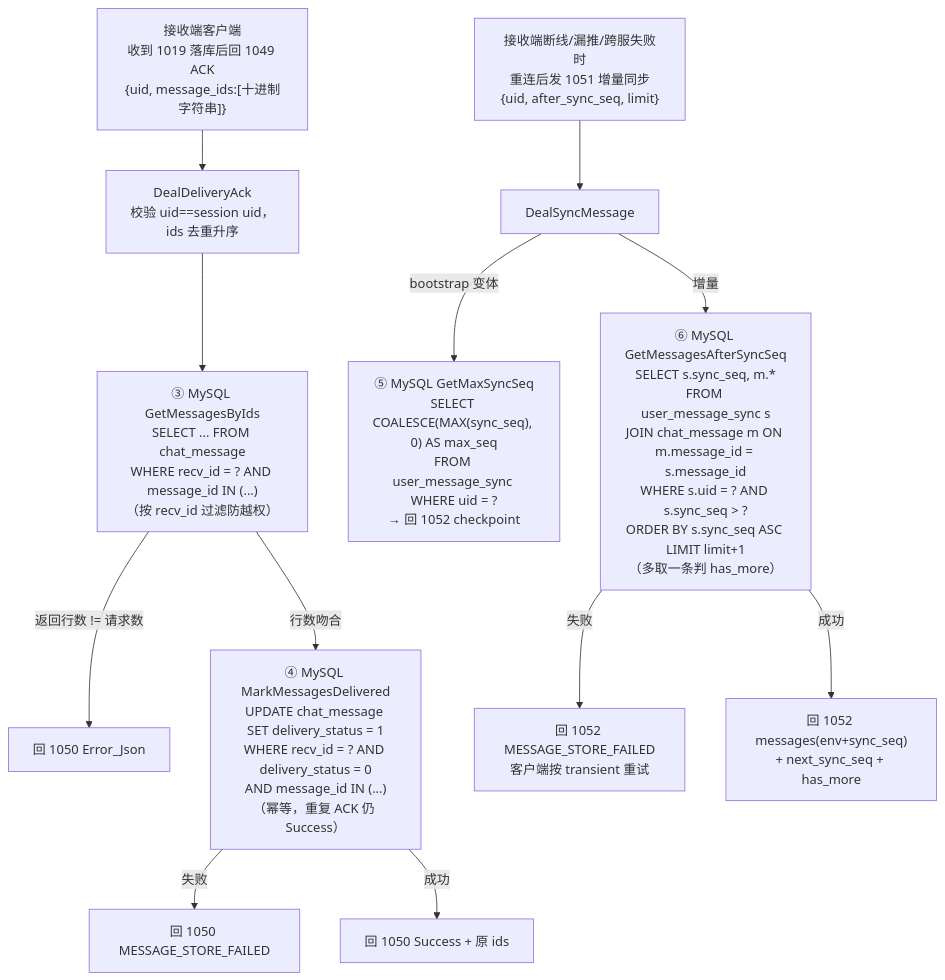
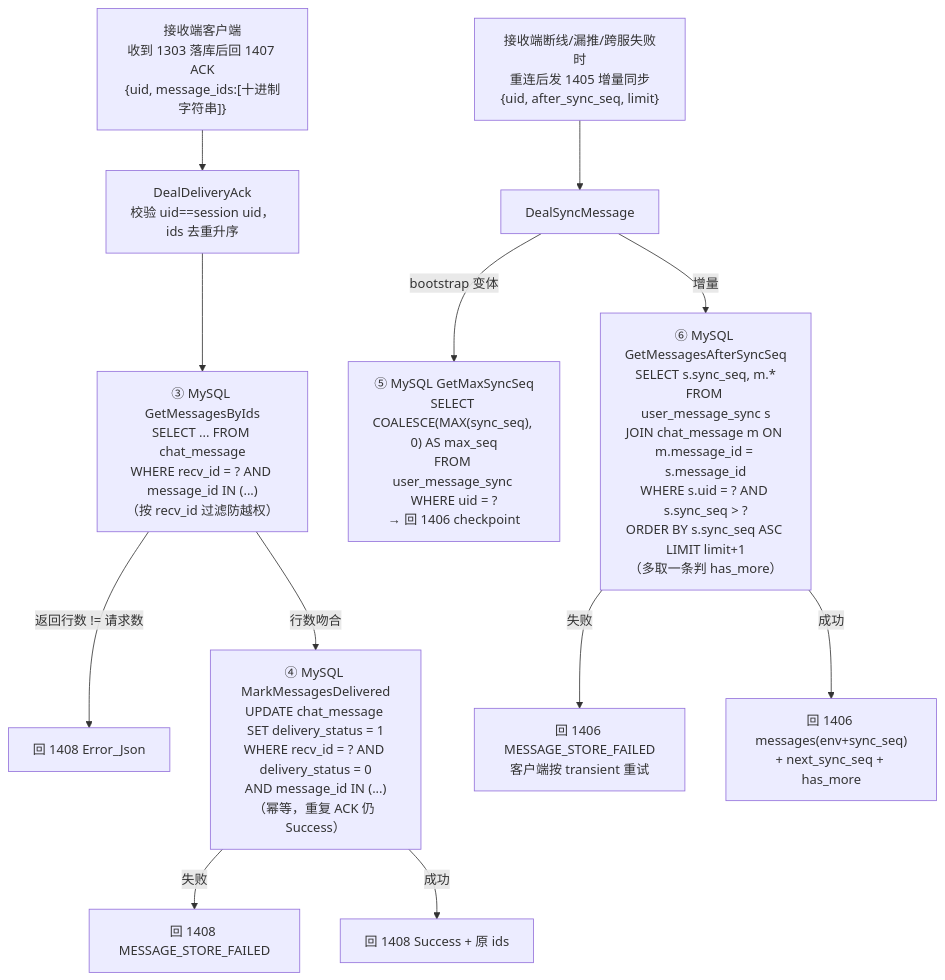
Before and after one commit to echo9923/mychatter: the second of 2 diagrams in 开发文档/发送文本消息业务流程.md, drawn with Mermaid. The commit also changed other lines of this file and 60 other files, not shown here.

````diff
--- a/开发文档/发送文本消息业务流程.md
+++ b/开发文档/发送文本消息业务流程.md
@@ -28,15 +28,15 @@
 ```mermaid
 flowchart TD
-    A["接收端客户端<br/>收到 1019 落库后回 1049 ACK<br/>{uid, message_ids:[十进制字符串]}"] --> B["DealDeliveryAck<br/>校验 uid==session uid，<br/>ids 去重升序"]
+    A["接收端客户端<br/>收到 1303 落库后回 1407 ACK<br/>{uid, message_ids:[十进制字符串]}"] --> B["DealDeliveryAck<br/>校验 uid==session uid，<br/>ids 去重升序"]
     B --> C["③ MySQL GetMessagesByIds<br/>SELECT ... FROM chat_message<br/>WHERE recv_id = ? AND message_id IN (...)<br/>（按 recv_id 过滤防越权）"]
-    C -->|返回行数 != 请求数| D["回 1050 Error_Json"]
+    C -->|返回行数 != 请求数| D["回 1408 Error_Json"]
     C -->|行数吻合| E["④ MySQL MarkMessagesDelivered<br/>UPDATE chat_message SET delivery_status = 1<br/>WHERE recv_id = ? AND delivery_status = 0<br/>AND message_id IN (...)<br/>（幂等，重复 ACK 仍 Success）"]
-    E -->|失败| F["回 1050 MESSAGE_STORE_FAILED"]
-    E -->|成功| G["回 1050 Success + 原 ids"]
+    E -->|失败| F["回 1408 MESSAGE_STORE_FAILED"]
+    E -->|成功| G["回 1408 Success + 原 ids"]
 
-    H["接收端断线/漏推/跨服失败时<br/>重连后发 1051 增量同步<br/>{uid, after_sync_seq, limit}"] --> I["DealSyncMessage"]
-    I -->|bootstrap 变体| J["⑤ MySQL GetMaxSyncSeq<br/>SELECT COALESCE(MAX(sync_seq), 0) AS max_seq<br/>FROM user_message_sync WHERE uid = ?<br/>→ 回 1052 checkpoint"]
+    H["接收端断线/漏推/跨服失败时<br/>重连后发 1405 增量同步<br/>{uid, after_sync_seq, limit}"] --> I["DealSyncMessage"]
+    I -->|bootstrap 变体| J["⑤ MySQL GetMaxSyncSeq<br/>SELECT COALESCE(MAX(sync_seq), 0) AS max_seq<br/>FROM user_message_sync WHERE uid = ?<br/>→ 回 1406 checkpoint"]
     I -->|增量| K["⑥ MySQL GetMessagesAfterSyncSeq<br/>SELECT s.sync_seq, m.*<br/>FROM user_message_sync s<br/>JOIN chat_message m ON m.message_id = s.message_id<br/>WHERE s.uid = ? AND s.sync_seq > ?<br/>ORDER BY s.sync_seq ASC LIMIT limit+1<br/>（多取一条判 has_more）"]
-    K -->|失败| L["回 1052 MESSAGE_STORE_FAILED<br/>客户端按 transient 重试"]
-    K -->|成功| M["回 1052 messages(env+sync_seq)<br/>+ next_sync_seq + has_more"]
+    K -->|失败| L["回 1406 MESSAGE_STORE_FAILED<br/>客户端按 transient 重试"]
+    K -->|成功| M["回 1406 messages(env+sync_seq)<br/>+ next_sync_seq + has_more"]
 ```
````
